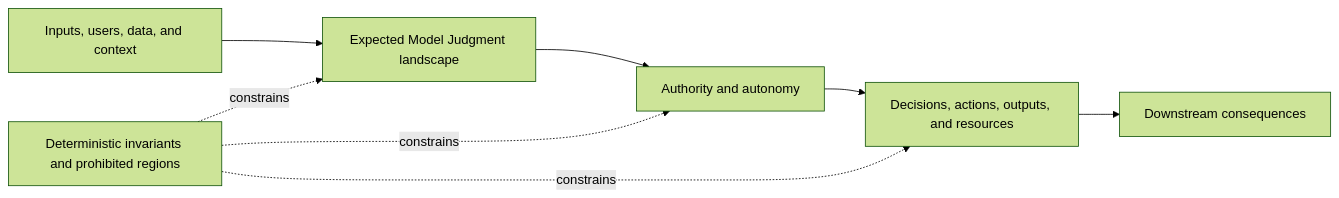
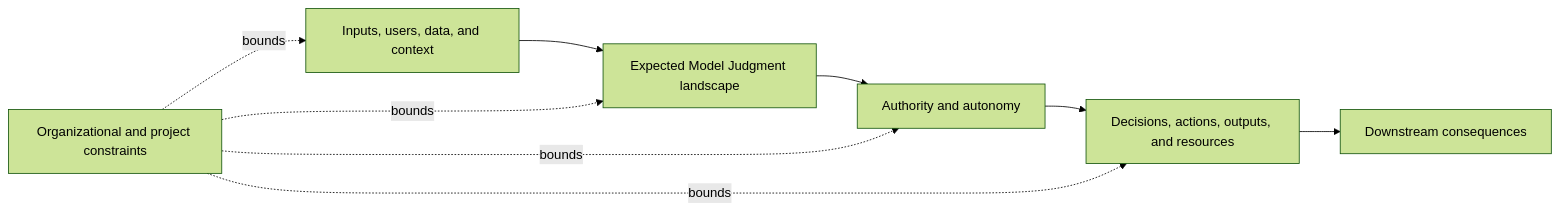
The second of 3 diagrams in 01-patterns/project-control-architecture-and-viability-review.md (UncertaintyArchitectureGroup/uncertainty-architecture), drawn with Mermaid (forest theme) before and after one commit. The commit also changed other lines of this file, not shown here.

Commit message:
docs: integrate project constraint architecture

````diff
--- a/01-patterns/project-control-architecture-and-viability-review.md
+++ b/01-patterns/project-control-architecture-and-viability-review.md
@@ -200,14 +215,15 @@
 ```mermaid
 flowchart LR
     IN[Inputs, users, data, and context]
     J[Expected Model Judgment landscape]
     AUTH[Authority and autonomy]
     OUT[Decisions, actions, outputs, and resources]
     DOWN[Downstream consequences]
-    INV[Deterministic invariants and prohibited regions]
+    K[Organizational and project constraints]
 
     IN --> J --> AUTH --> OUT --> DOWN
-    INV -. constrains .-> J
-    INV -. constrains .-> AUTH
-    INV -. constrains .-> OUT
+    K -. bounds .-> IN
+    K -. bounds .-> J
+    K -. bounds .-> AUTH
+    K -. bounds .-> OUT
 ```
````
